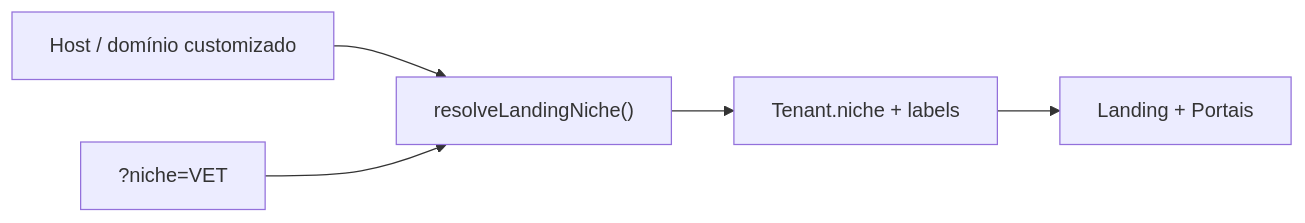
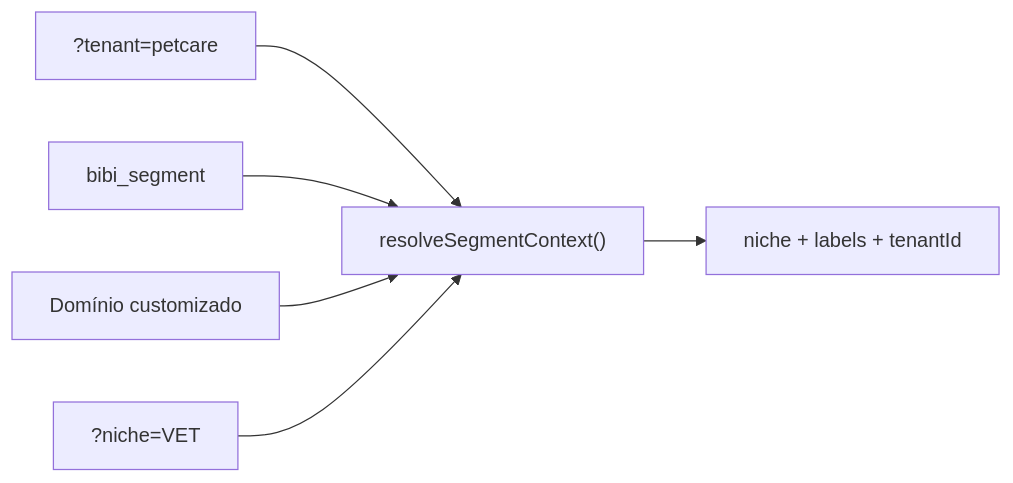
One commit to Piulres/sistema-bibi changed the first of 10 diagrams in docs/produto/FLUXOS.md. Above: the diagram before and after it, drawn with Mermaid. The commit also changed other lines of this file and 6 other files, not shown here.

````diff
--- a/docs/produto/FLUXOS.md
+++ b/docs/produto/FLUXOS.md
@@ -44,7 +48,8 @@
 ```mermaid
 flowchart LR
-  Host["Host / domínio customizado"] --> Resolve["resolveLandingNiche()"]
-  Query["?niche=VET"] --> Resolve
-  Resolve --> Tenant["Tenant.niche + labels"]
-  Tenant --> UI["Landing + Portais"]
+  TenantQ["?tenant=petcare"] --> Resolve["resolveSegmentContext()"]
+  Cookie["bibi_segment"] --> Resolve
+  Host["Domínio customizado"] --> Resolve
+  NicheQ["?niche=VET"] --> Resolve
+  Resolve --> Out["niche + labels + tenantId"]
 ```
````
